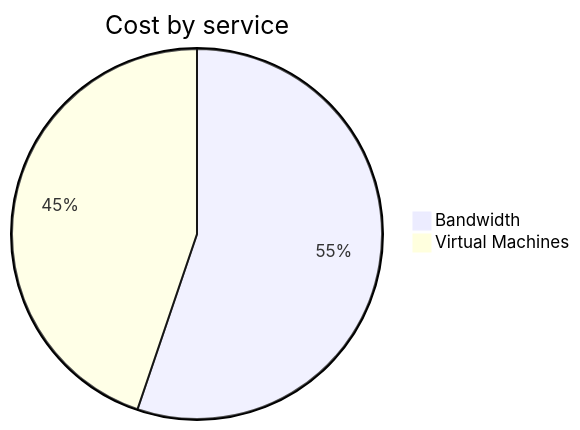
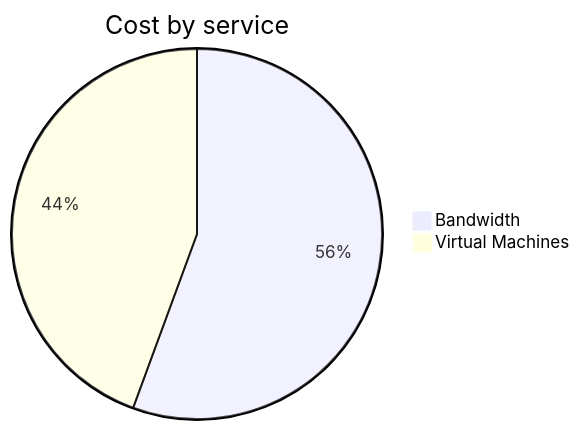
One commit to jpfulton/azure-personal-reports changed the second of 4 diagrams in cost-reports/personal-network/vpn-server.md. Above: the diagram before and after it, drawn with Mermaid. The commit also changed other lines of this file and 8 other files, not shown here.

````diff
--- a/cost-reports/personal-network/vpn-server.md
+++ b/cost-reports/personal-network/vpn-server.md
@@ -96,6 +96,6 @@
 ```mermaid
 pie
    title Cost by service
-   "Bandwidth" : 5.99
-   "Virtual Machines" : 4.86
+   "Bandwidth" : 6.30
+   "Virtual Machines" : 5.03
 ```
````
